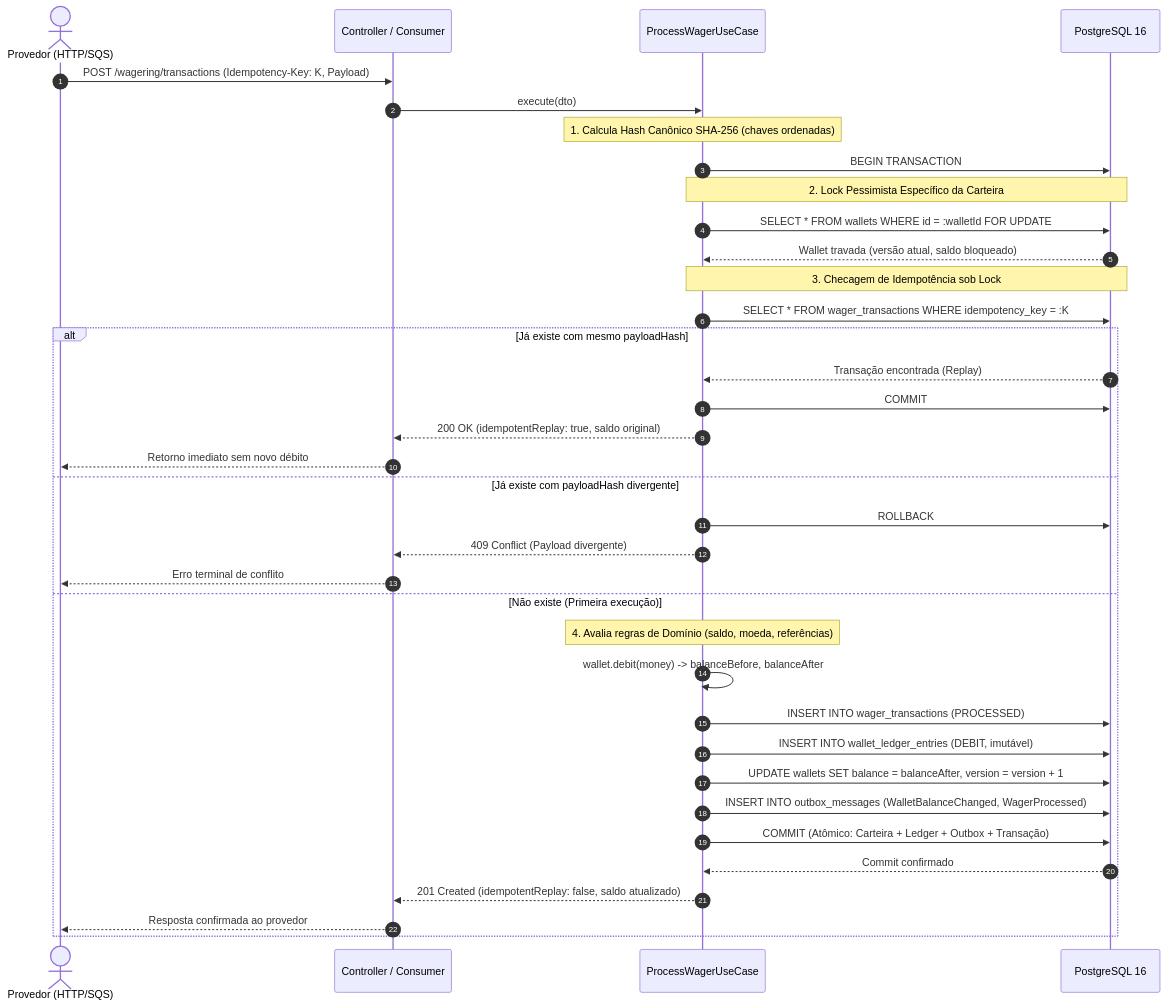
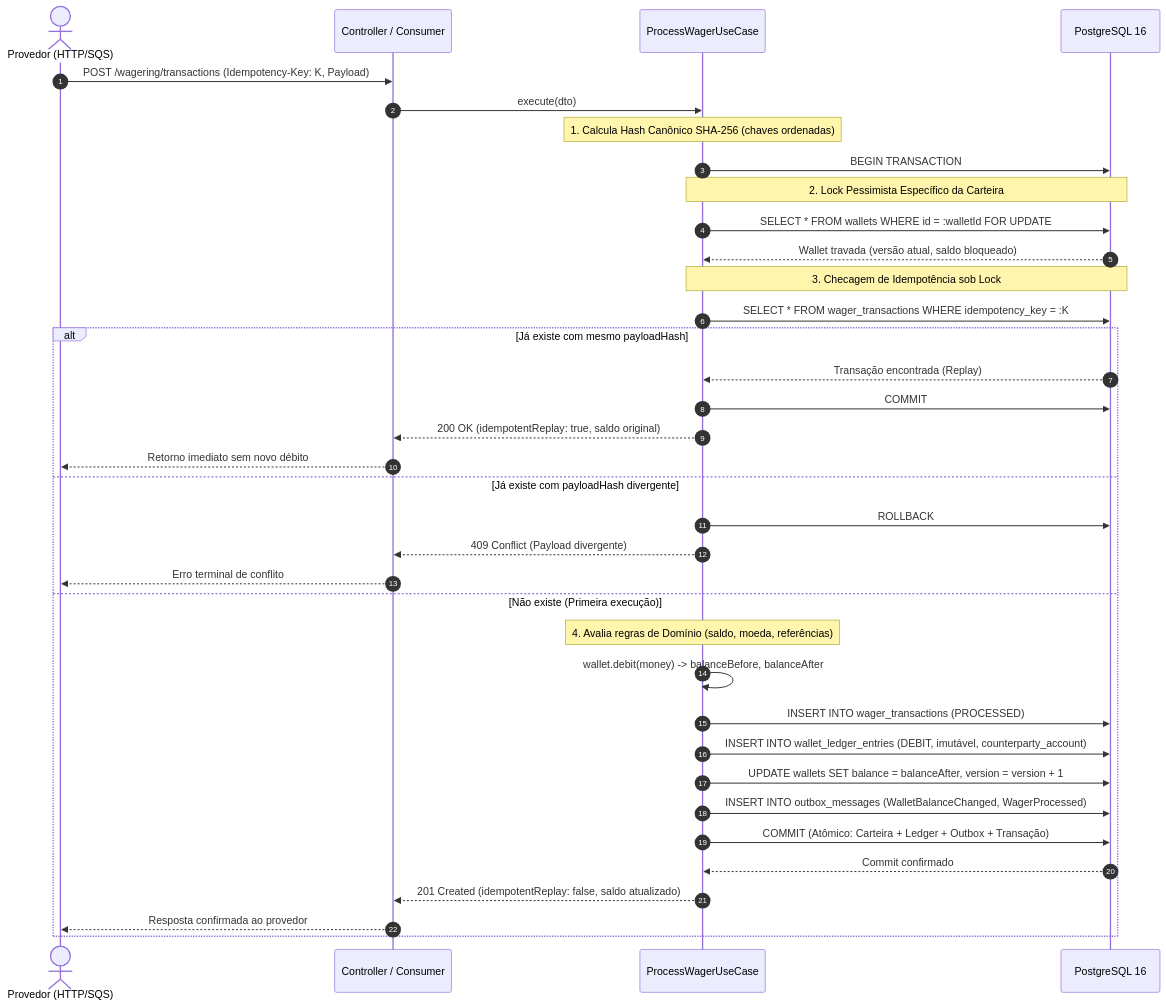
One commit to LuizPiresS/distributed-wagering-processor changed the second of 5 diagrams in docs/SYSTEM_DESIGN.md. Above: the diagram before and after it, drawn with Mermaid. The commit also changed other lines of this file, not shown here.

Commit message:
docs(system-design): update architecture specification with double-entry ledger, benchmarks, and chaos defense

````diff
--- a/docs/SYSTEM_DESIGN.md
+++ b/docs/SYSTEM_DESIGN.md
@@ -109,43 +115,43 @@
 ```mermaid
 sequenceDiagram
     autonumber
     actor Prov as Provedor (HTTP/SQS)
     participant Ctrl as Controller / Consumer
     participant UC as ProcessWagerUseCase
     participant DB as PostgreSQL 16
 
     Prov->>Ctrl: POST /wagering/transactions (Idempotency-Key: K, Payload)
     Ctrl->>UC: execute(dto)
 
     Note over UC: 1. Calcula Hash Canônico SHA-256 (chaves ordenadas)
 
     UC->>DB: BEGIN TRANSACTION
 
     Note over UC,DB: 2. Lock Pessimista Específico da Carteira
     UC->>DB: SELECT * FROM wallets WHERE id = :walletId FOR UPDATE
     DB-->>UC: Wallet travada (versão atual, saldo bloqueado)
 
     Note over UC,DB: 3. Checagem de Idempotência sob Lock
     UC->>DB: SELECT * FROM wager_transactions WHERE idempotency_key = :K
     alt Já existe com mesmo payloadHash
         DB-->>UC: Transação encontrada (Replay)
         UC->>DB: COMMIT
         UC-->>Ctrl: 200 OK (idempotentReplay: true, saldo original)
         Ctrl-->>Prov: Retorno imediato sem novo débito
     else Já existe com payloadHash divergente
         UC->>DB: ROLLBACK
         UC-->>Ctrl: 409 Conflict (Payload divergente)
         Ctrl-->>Prov: Erro terminal de conflito
     else Não existe (Primeira execução)
         Note over UC: 4. Avalia regras de Domínio (saldo, moeda, referências)
         UC->>UC: wallet.debit(money) -> balanceBefore, balanceAfter
         UC->>DB: INSERT INTO wager_transactions (PROCESSED)
-        UC->>DB: INSERT INTO wallet_ledger_entries (DEBIT, imutável)
+        UC->>DB: INSERT INTO wallet_ledger_entries (DEBIT, imutável, counterparty_account)
         UC->>DB: UPDATE wallets SET balance = balanceAfter, version = version + 1
         UC->>DB: INSERT INTO outbox_messages (WalletBalanceChanged, WagerProcessed)
         UC->>DB: COMMIT (Atômico: Carteira + Ledger + Outbox + Transação)
         DB-->>UC: Commit confirmado
         UC-->>Ctrl: 201 Created (idempotentReplay: false, saldo atualizado)
         Ctrl-->>Prov: Resposta confirmada ao provedor
     end
 ```
````
